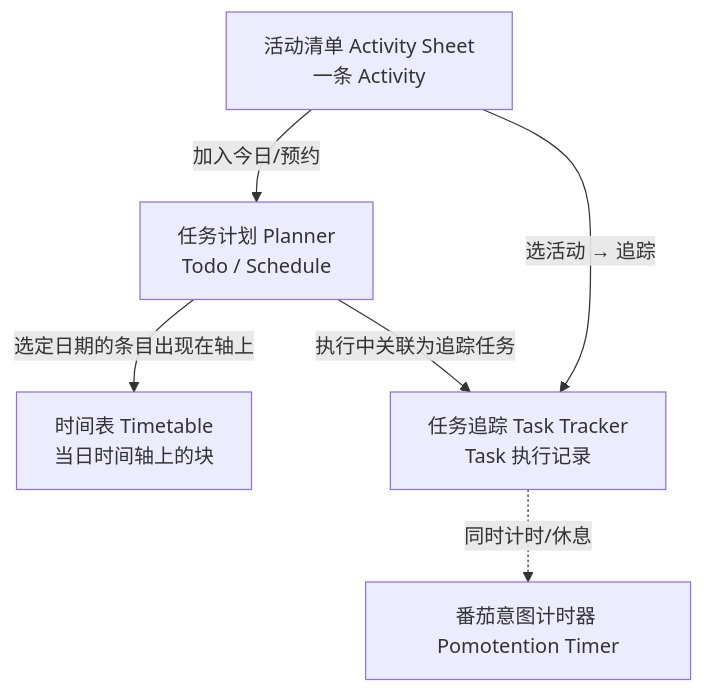
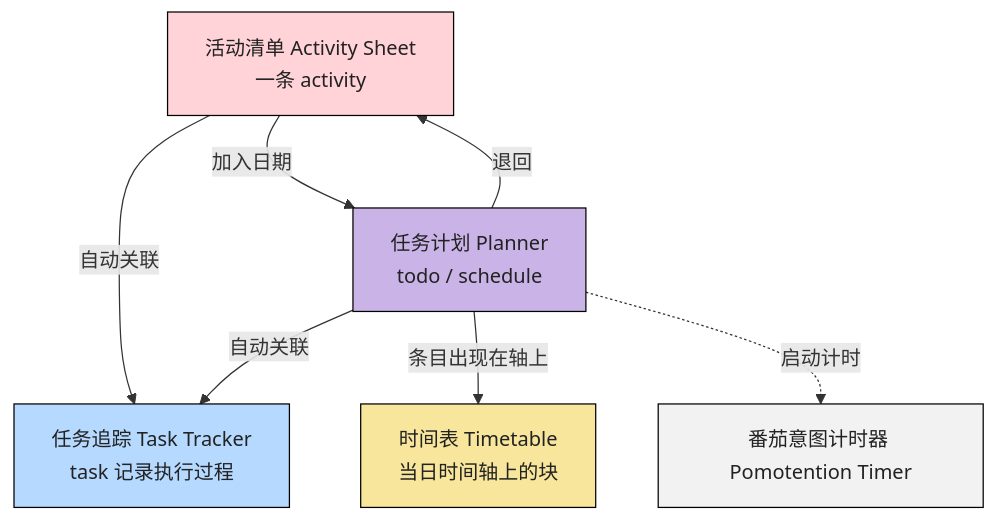
Before and after one commit to Xeonilian/pomotention: the diagram in docs/guide/reference/workflow.md, drawn with Mermaid. The commit also changed other lines of this file and 18 other files, not shown here.

````diff
--- a/docs/guide/reference/workflow.md
+++ b/docs/guide/reference/workflow.md
@@ -14,14 +24,28 @@
 ```mermaid
 flowchart TB
-  AS["活动清单 Activity Sheet<br/>一条 Activity"]
-  PL["任务计划 Planner<br/>Todo / Schedule"]
+  classDef default line-height:1.65,color:#222,stroke:black,stroke-width:1px
+  classDef red fill:#FFD3D7
+  classDef blue fill:#B5D9FF
+  classDef yellow fill:#F8E69C
+  classDef purple fill:#CAB4E7
+  classDef white fill:#f2f2f2
+  AS["活动清单 Activity Sheet<br/>一条 activity"]
+  PL["任务计划 Planner<br/>todo / schedule"]
   TT["时间表 Timetable<br/>当日时间轴上的块"]
-  TK["任务追踪 Task Tracker<br/>Task 执行记录"]
+  TK["任务追踪 Task Tracker<br/>task 记录执行过程"]
   PM["番茄意图计时器 Pomotention Timer"]
 
-  AS -->|"加入今日/预约"| PL
-  PL -->|"选定日期的条目出现在轴上"| TT
-  AS -->|"选活动 → 追踪"| TK
-  PL -->|"执行中关联为追踪任务"| TK
-  TK -.->|"同时计时/休息"| PM
+  AS -->|"加入日期"| PL
+  PL -->|"退回"| AS
+  AS -->|"自动关联"| TK
+  PL -->|"自动关联"| TK
+  PL -->|"条目出现在轴上"| TT
+  PL -.->|"启动计时"| PM
+  class AS,PL,TT,TK,PM default
+  class AS red
+  class PL purple
+  class TT yellow
+  class TK blue
+  class PM white
+
 ```
````
